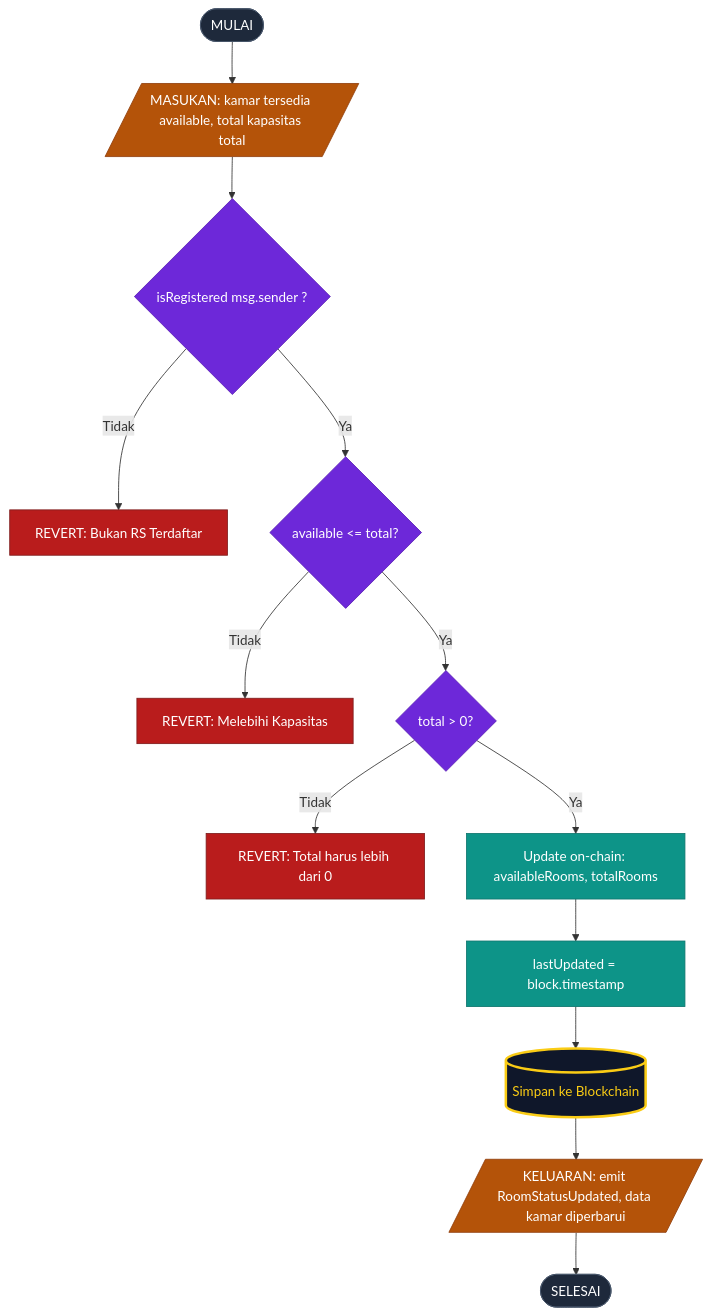
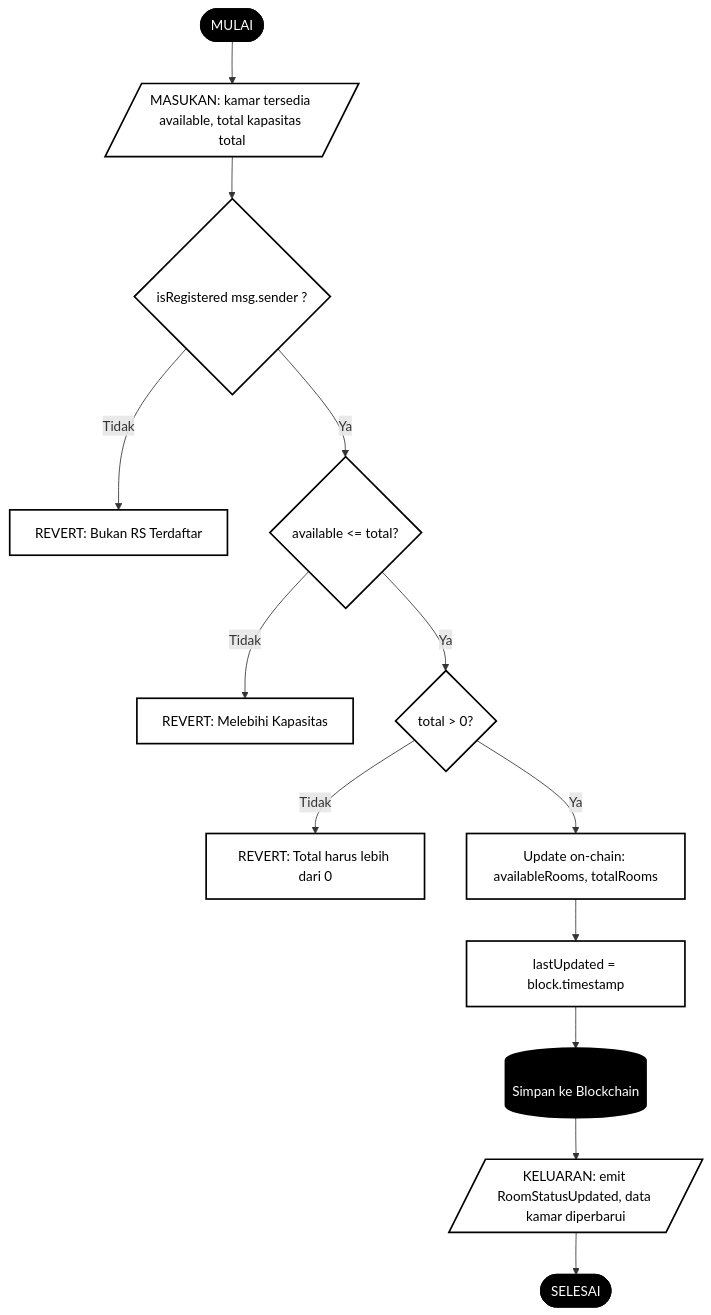
The fourth of 7 diagrams in readme/capstone_blockchain.md (abuab234/Status-Ketersediaan-Kamar-RS), drawn with Mermaid before and after one commit. The commit also changed other lines of this file, not shown here.

````diff
--- a/readme/capstone_blockchain.md
+++ b/readme/capstone_blockchain.md
@@ -224,29 +224,29 @@
 ```mermaid
 flowchart TD
     B1([MULAI]) --> B2[/"MASUKAN: kamar tersedia available, total kapasitas total"/]
     B2 --> B3{"isRegistered msg.sender ?"}
     B3 -->|"Tidak"| BR1["REVERT: Bukan RS Terdaftar"]
     B3 -->|"Ya"| B4{"available <= total?"}
     B4 -->|"Tidak"| BR2["REVERT: Melebihi Kapasitas"]
     B4 -->|"Ya"| B5{"total > 0?"}
     B5 -->|"Tidak"| BR3["REVERT: Total harus lebih dari 0"]
     B5 -->|"Ya"| B6["Update on-chain: availableRooms, totalRooms"]
     B6 --> B7["lastUpdated = block.timestamp"]
     B7 --> BDB[("Simpan ke Blockchain")]
     BDB --> B8[/"KELUARAN: emit RoomStatusUpdated, data kamar diperbarui"/]
     B8 --> B9([SELESAI])
 
-    style B1 fill:#1e293b,color:#fff,stroke:#475569
-    style B9 fill:#1e293b,color:#fff,stroke:#475569
-    style BR1 fill:#b91c1c,color:#fff,stroke:#7f1d1d
-    style BR2 fill:#b91c1c,color:#fff,stroke:#7f1d1d
-    style BR3 fill:#b91c1c,color:#fff,stroke:#7f1d1d
-    style B3 fill:#6d28d9,color:#fff,stroke:#5b21b6
-    style B4 fill:#6d28d9,color:#fff,stroke:#5b21b6
-    style B5 fill:#6d28d9,color:#fff,stroke:#5b21b6
-    style B6 fill:#0d9488,color:#fff,stroke:#0f766e
-    style B7 fill:#0d9488,color:#fff,stroke:#0f766e
-    style B2 fill:#b45309,color:#fff,stroke:#92400e
-    style B8 fill:#b45309,color:#fff,stroke:#92400e
-    style BDB fill:#0f172a,color:#facc15,stroke:#facc15,stroke-width:3px
+    style B1 fill:#000,color:#fff,stroke:#000
+    style B9 fill:#000,color:#fff,stroke:#000
+    style BR1 fill:#fff,color:#000,stroke:#000,stroke-width:2px
+    style BR2 fill:#fff,color:#000,stroke:#000,stroke-width:2px
+    style BR3 fill:#fff,color:#000,stroke:#000,stroke-width:2px
+    style B3 fill:#fff,color:#000,stroke:#000,stroke-width:2px
+    style B4 fill:#fff,color:#000,stroke:#000,stroke-width:2px
+    style B5 fill:#fff,color:#000,stroke:#000,stroke-width:2px
+    style B6 fill:#fff,color:#000,stroke:#000,stroke-width:2px
+    style B7 fill:#fff,color:#000,stroke:#000,stroke-width:2px
+    style B2 fill:#fff,color:#000,stroke:#000,stroke-width:2px
+    style B8 fill:#fff,color:#000,stroke:#000,stroke-width:2px
+    style BDB fill:#000,color:#fff,stroke:#000,stroke-width:3px
 ```
````
